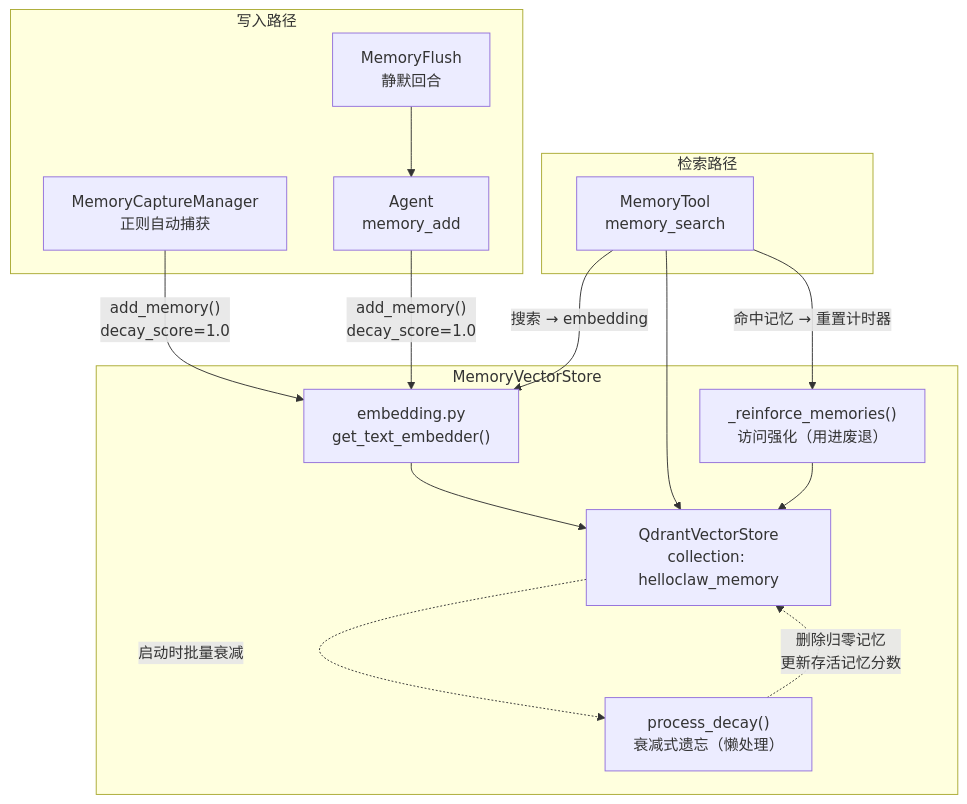
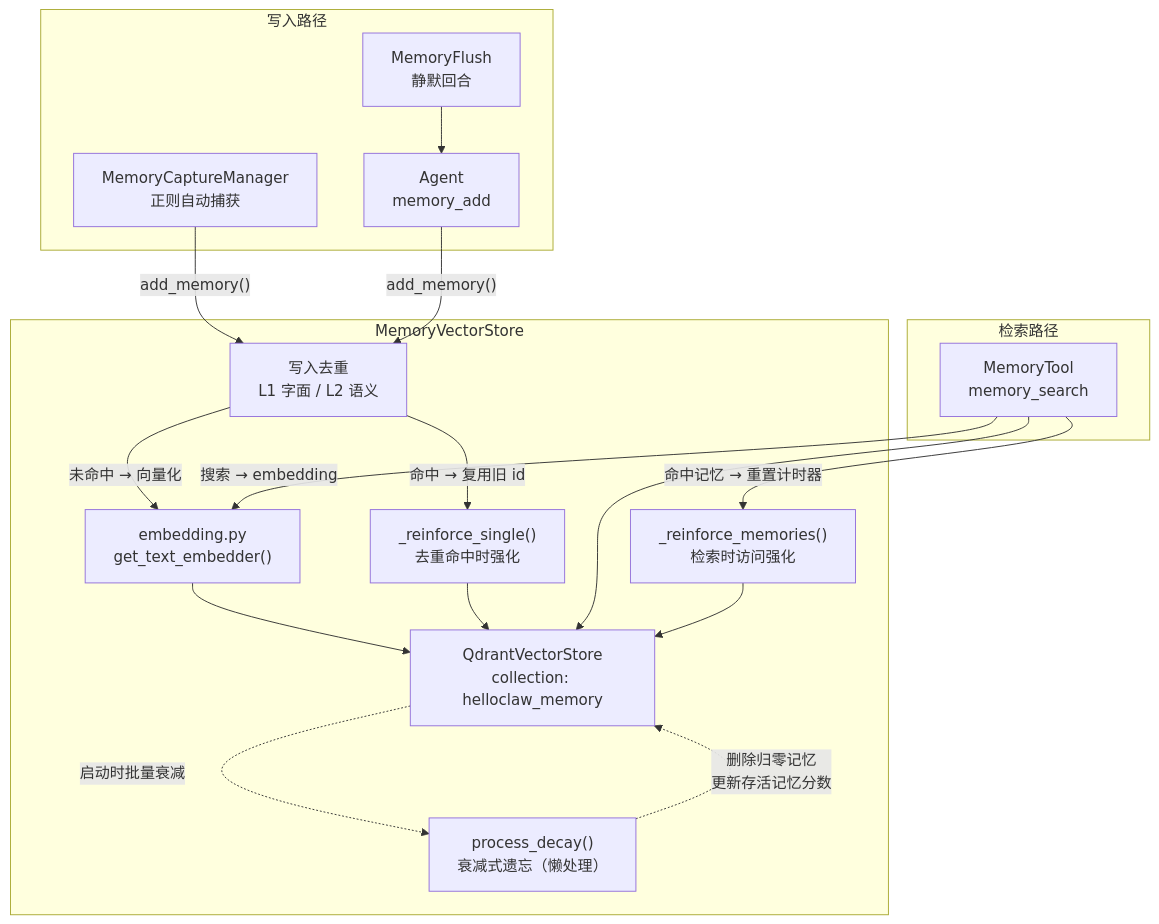
One commit to promisestar/MyClaw changed the third of 7 diagrams in docs/Memory实现与功能说明.md. Above: the diagram before and after it, drawn with Mermaid. The commit also changed other lines of this file and 3 other files, not shown here.

````diff
--- a/docs/Memory实现与功能说明.md
+++ b/docs/Memory实现与功能说明.md
@@ -128,30 +189,35 @@
 ```mermaid
 flowchart TB
     subgraph Store["MemoryVectorStore"]
         EMB["embedding.py<br/>get_text_embedder()"]
         QD["QdrantVectorStore<br/>collection: helloclaw_memory"]
         FG["process_decay()<br/>衰减式遗忘（懒处理）"]
-        RF["_reinforce_memories()<br/>访问强化（用进废退）"]
+        RF["_reinforce_memories()<br/>检索时访问强化"]
+        DEDUPE["写入去重<br/>L1 字面 / L2 语义"]
+        RFS["_reinforce_single()<br/>去重命中时强化"]
     end
 
     subgraph Write["写入路径"]
         CAP["MemoryCaptureManager<br/>正则自动捕获"]
         AGT["Agent<br/>memory_add"]
         FLUSH["MemoryFlush<br/>静默回合"]
     end
 
     subgraph Read["检索路径"]
         TOOL["MemoryTool<br/>memory_search"]
     end
 
-    CAP -->|"add_memory()<br/>decay_score=1.0"| EMB
-    AGT -->|"add_memory()<br/>decay_score=1.0"| EMB
+    CAP -->|"add_memory()"| DEDUPE
+    AGT -->|"add_memory()"| DEDUPE
     FLUSH --> AGT
+    DEDUPE -->|"未命中 → 向量化"| EMB
+    DEDUPE -->|"命中 → 复用旧 id"| RFS
     EMB --> QD
+    RFS --> QD
     TOOL -->|"搜索 → embedding"| EMB
     TOOL --> QD
     TOOL -->|"命中记忆 → 重置计时器"| RF
     RF --> QD
     QD -.->|"启动时批量衰减"| FG
     FG -.->|"删除归零记忆<br/>更新存活记忆分数"| QD
 ```
````
